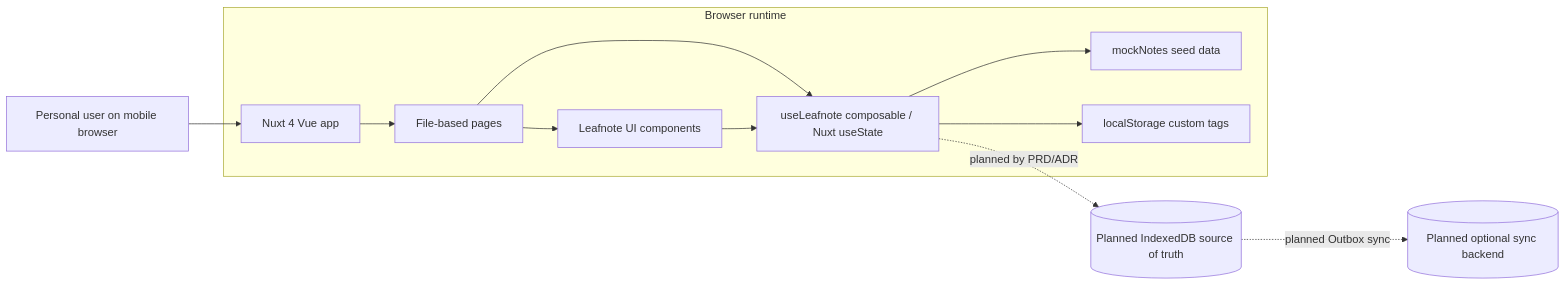
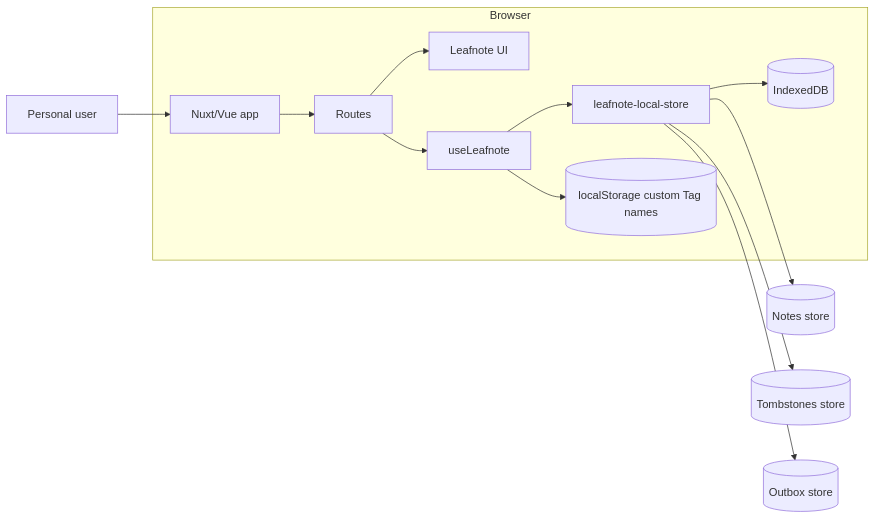
One commit to radenadri/leafnote changed the first of 4 diagrams in ARCHITECTURE.md. Above: the diagram before and after it, drawn with Mermaid. The commit also changed other lines of this file and 5 other files, not shown here.

Commit message:
docs: update project architecture and CI workflow to reflect post-MVP local-first implementation

````diff
--- a/ARCHITECTURE.md
+++ b/ARCHITECTURE.md
@@ -68,27 +61,21 @@
 ```mermaid
 flowchart LR
-  User[Personal user on mobile browser]
+  User[Personal user]
 
-  subgraph Browser[Browser runtime]
-    NuxtApp[Nuxt 4 Vue app]
-    Pages[File-based pages]
-    Components[Leafnote UI components]
-    State[useLeafnote composable / Nuxt useState]
-    MockData[mockNotes seed data]
-    LocalStorage[localStorage custom tags]
+  subgraph Browser[Browser]
+    Nuxt[Nuxt/Vue app]
+    Pages[Routes]
+    UI[Leafnote UI]
+    Facade[useLeafnote]
+    Store[leafnote-local-store]
+    DB[(IndexedDB)]
+    LS[(localStorage custom Tag names)]
   end
 
-  User --> NuxtApp
-  NuxtApp --> Pages
-  Pages --> Components
-  Pages --> State
-  Components --> State
-  State --> MockData
-  State --> LocalStorage
-
-  PlannedIndexedDB[(Planned IndexedDB source of truth)]
-  PlannedBackend[(Planned optional sync backend)]
-
-  State -. planned by PRD/ADR .-> PlannedIndexedDB
-  PlannedIndexedDB -. planned Outbox sync .-> PlannedBackend
+  User --> Nuxt --> Pages --> UI
+  Pages --> Facade --> Store --> DB
+  Facade --> LS
+  Store --> Notes[(Notes store)]
+  Store --> Tombstones[(Tombstones store)]
+  Store --> Outbox[(Outbox store)]
 ```
````
